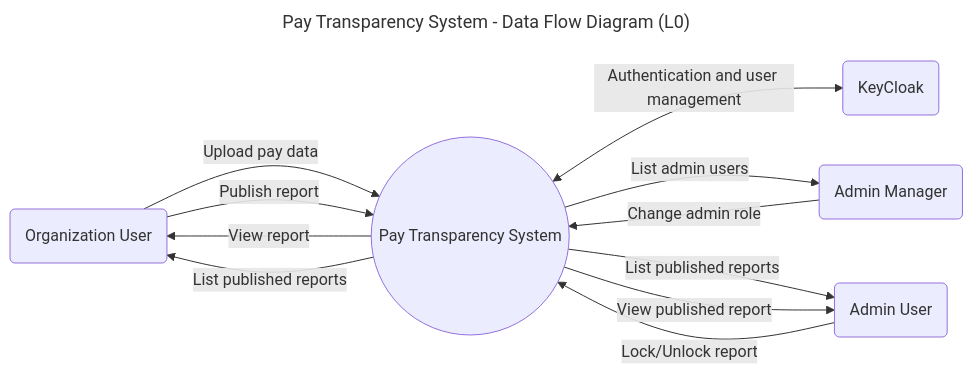
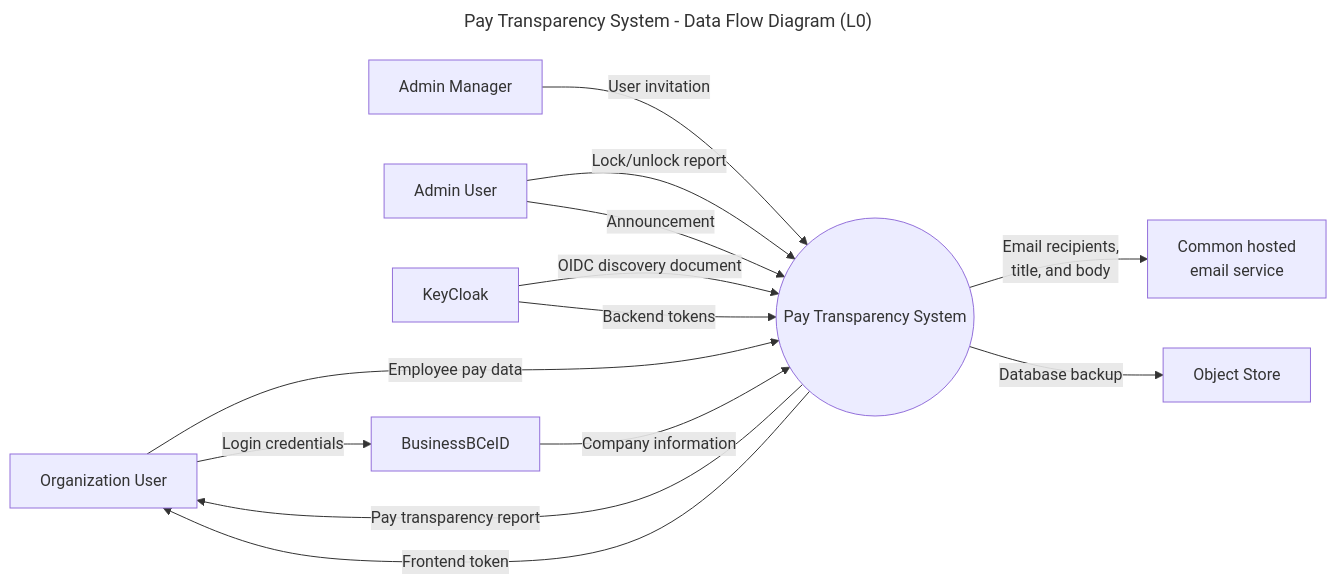
The diagram in .diagrams/architecture/data-flow-diagrams/pay-transparency-context-L0.mermaid (bcgov/fin-pay-transparency), drawn with Mermaid before and after one commit. The commit also changed 2 other files, not shown here.

Commit message:
added auth and backup processes to the diagrams.  changed the naming convension used for processes.

```diff
--- a/.diagrams/architecture/data-flow-diagrams/pay-transparency-context-L0.mermaid
+++ b/.diagrams/architecture/data-flow-diagrams/pay-transparency-context-L0.mermaid
@@ -1,19 +1,16 @@
 ---
 title: Pay Transparency System - Data Flow Diagram (L0)
 ---
 flowchart LR    
-    Org(Organization User) -->|"Upload pay data"| PT((Pay Transparency System))
-    PT <-->|Authentication and user management| KeyCloak("KeyCloak")
-    PT -->|View report| Org
-    Org -->|"Publish report"| PT
-    PT -->|List published reports| Org    
-    
-    PT -->|List admin users| AdminMgr(Admin Manager)
-    AdminMgr -->|Change admin role| PT
-
-    PT -->|List published reports| AdminUser(Admin User)
-    PT -->|View published report| AdminUser(Admin User)
-    AdminUser -->|Lock/Unlock report| PT
-    
-    %%TODO: Include data flows for "Announcements", "Analytics" and "Dashboard" when then
-    %%are implemented
+    Org[Organization User] -->|"Employee pay data"| PT((Pay Transparency System))    
+    AdminMgr[Admin Manager] -->|User invitation| PT
+    AdminUser[Admin User] -->|Lock/unlock report| PT
+    AdminUser -->|Announcement| PT
+    KeyCloak -->|OIDC discovery document|PT 
+    BCeIDBusiness[BusinessBCeID] -->|Company information|PT     
+    PT --> |Email recipients,\ntitle, and body| EmailService[Common hosted\nemail service]        
+    PT -->|Pay transparency report| Org
+    Org -->|Login credentials|BCeIDBusiness
+    KeyCloak --> |Backend tokens|PT
+    PT --> |Frontend token|Org
+    PT --> |Database backup|ObjectStore[Object Store]
```
